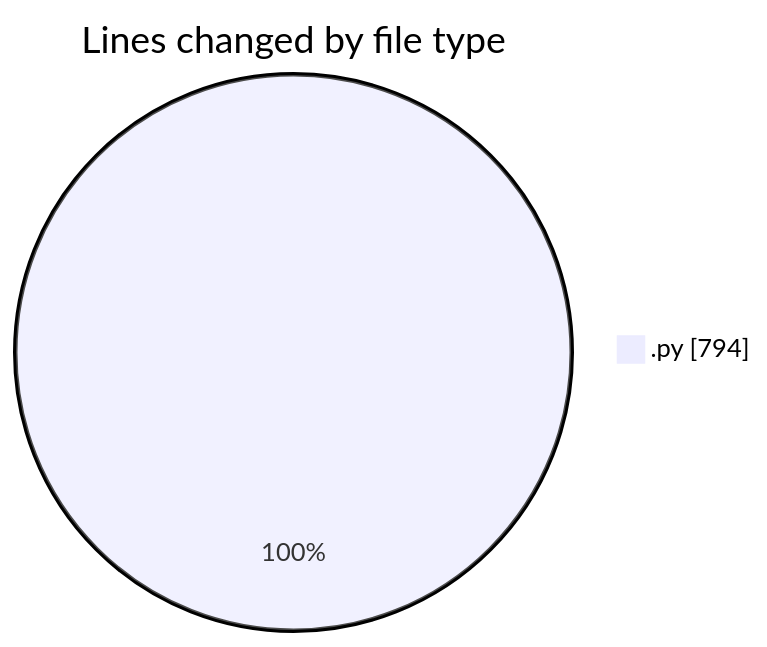
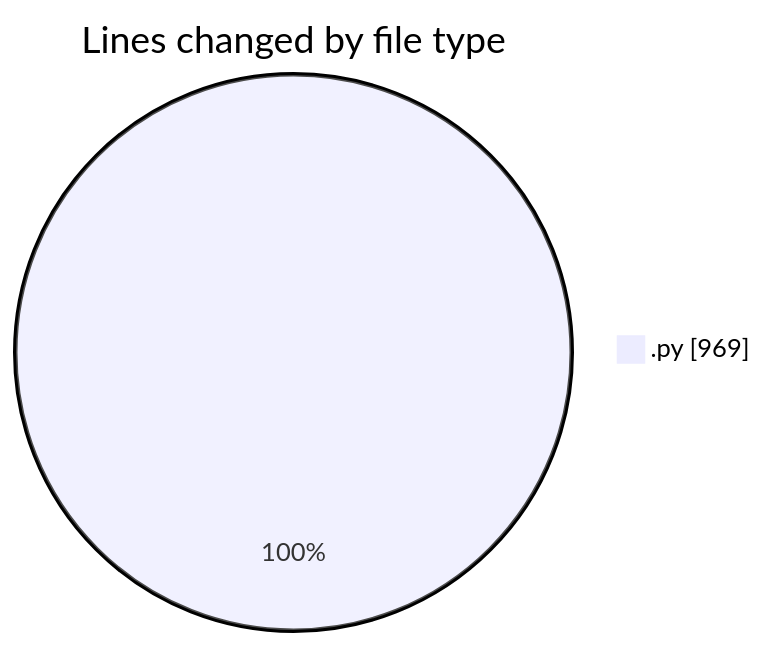
Before and after one commit to MatusMokan/code-tracking: the first of 2 diagrams in 2025-03-08/myws__workspace_/README.md, drawn with Mermaid. The commit also changed other lines of this file and 1 other file, not shown here.

````diff
--- a/2025-03-08/myws__workspace_/README.md
+++ b/2025-03-08/myws__workspace_/README.md
@@ -20,5 +20,5 @@
 ```mermaid
 pie showData
 title Lines changed by file type
-".py" : 794
+".py" : 969
 ```
````
